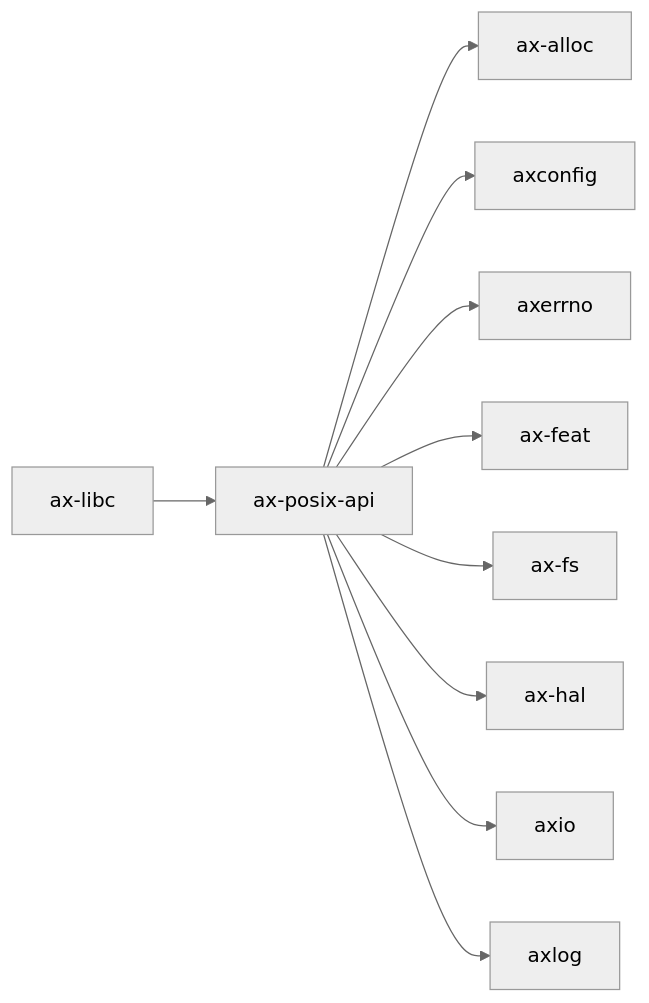
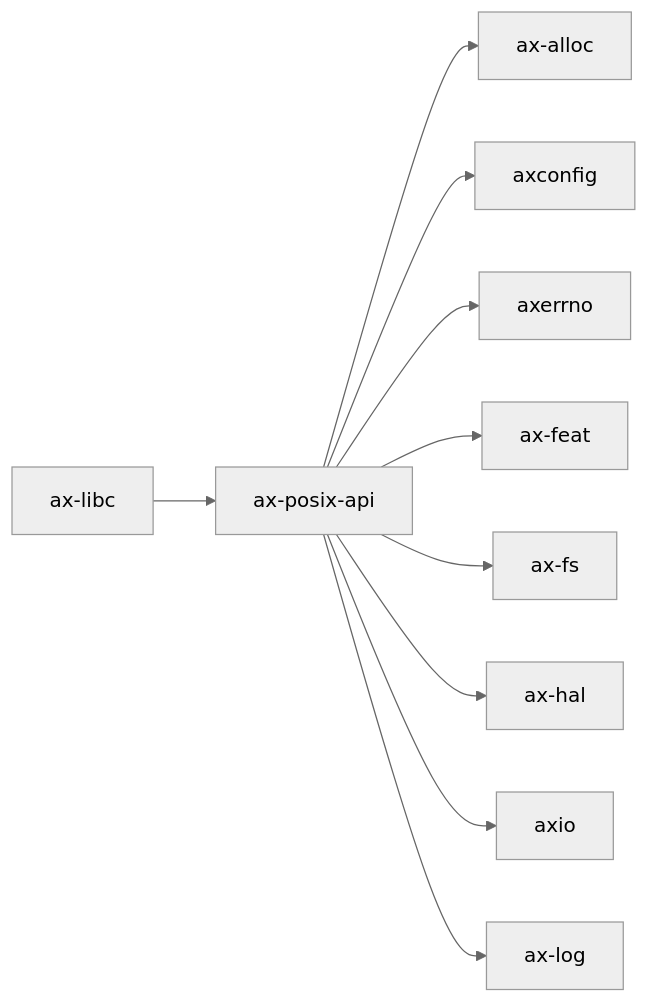
One commit to zKurisu/tgoskits changed the diagram in docs/crates/ax-posix-api.md. Above: the diagram before and after it, drawn with Mermaid (neutral theme). The commit also changed other lines of this file and 44 other files, not shown here.

Commit message:
rename axlog to ax-log

````diff
--- a/docs/crates/ax-posix-api.md
+++ b/docs/crates/ax-posix-api.md
@@ -33,13 +33,13 @@
 ```mermaid
 graph LR
     current["ax-posix-api"]
     current --> ax-alloc["ax-alloc"]
     current --> axconfig["axconfig"]
     current --> axerrno["axerrno"]
     current --> ax-feat["ax-feat"]
     current --> ax-fs["ax-fs"]
     current --> ax-hal["ax-hal"]
     current --> axio["axio"]
-    current --> axlog["axlog"]
+    current --> ax-log["ax-log"]
     ax_libc["ax-libc"] --> current
 ```
````
